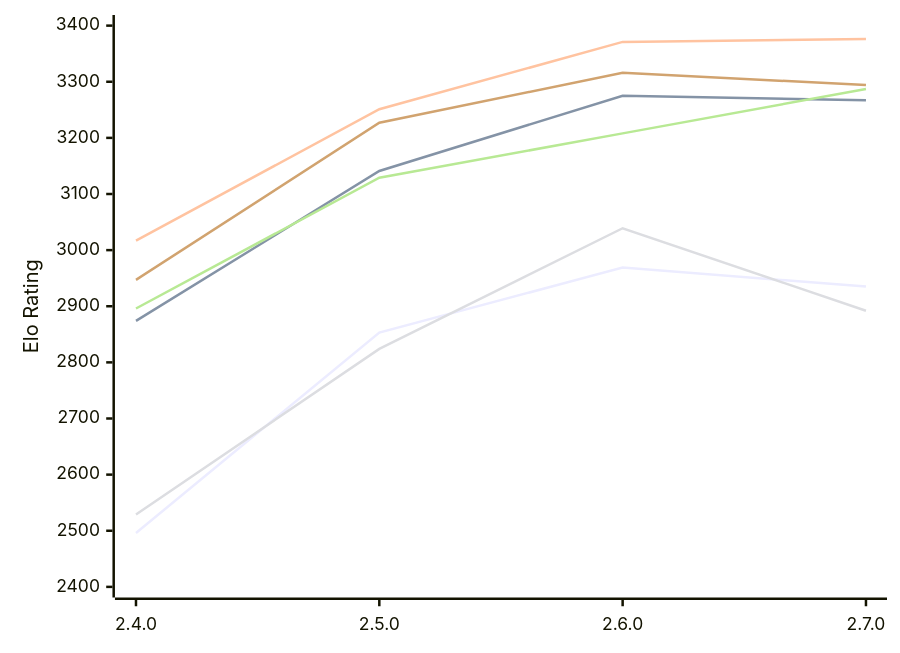
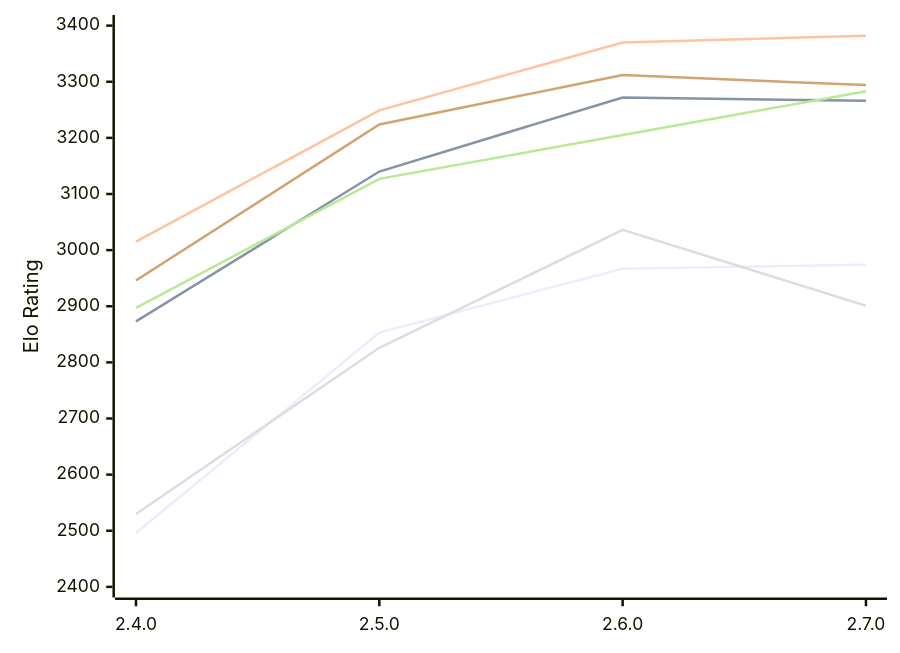
Before and after one commit to computer-chess-index/cci: the diagram in engines/Rarog.md, drawn with Mermaid. The commit also changed other lines of this file, not shown here.

Commit message:
Update CCI Ratings (ELO VLTC) - 2026-11-19

````diff
--- a/engines/Rarog.md
+++ b/engines/Rarog.md
@@ -53,12 +53,12 @@
 ```mermaid
 %%{init: {"theme":"base","themeVariables":{"seriesColors:['#a3a3a3','#222221','#faa371']}}}%%
 xychart-beta
   x-axis ["2.4.0", "2.5.0", "2.6.0", "2.7.0"]
   y-axis "Elo Rating" 2400 --> 3400
-  line "E1: STC (8.0+0.08s)" [2496, 2853, 2969, 2935]
-  line "E1: LTC (60.0+0.60s)" [2874, 3141, 3275, 3267]
-  line "E1: VLTC (2m24s+1.12s)" [3017, 3251, 3371, 3376]
-  line "P1: STC (8.0+0.08s)" [2529, 2824, 3039, 2892]
-  line "P1: LTC (60.0+0.60s)" [2896, 3129, 3208, 3287]
-  line "P1: VLTC (2m24s+1.12s)" [2947, 3227, 3316, 3294]
+  line "E1: STC (8.0+0.08s)" [2496, 2853, 2967, 2974]
+  line "E1: LTC (60.0+0.60s)" [2873, 3140, 3272, 3266]
+  line "E1: VLTC (2m24s+1.12s)" [3015, 3249, 3370, 3382]
+  line "P1: STC (8.0+0.08s)" [2530, 2826, 3036, 2901]
+  line "P1: LTC (60.0+0.60s)" [2897, 3127, 3205, 3283]
+  line "P1: VLTC (2m24s+1.12s)" [2946, 3224, 3312, 3294]
 ```
````
